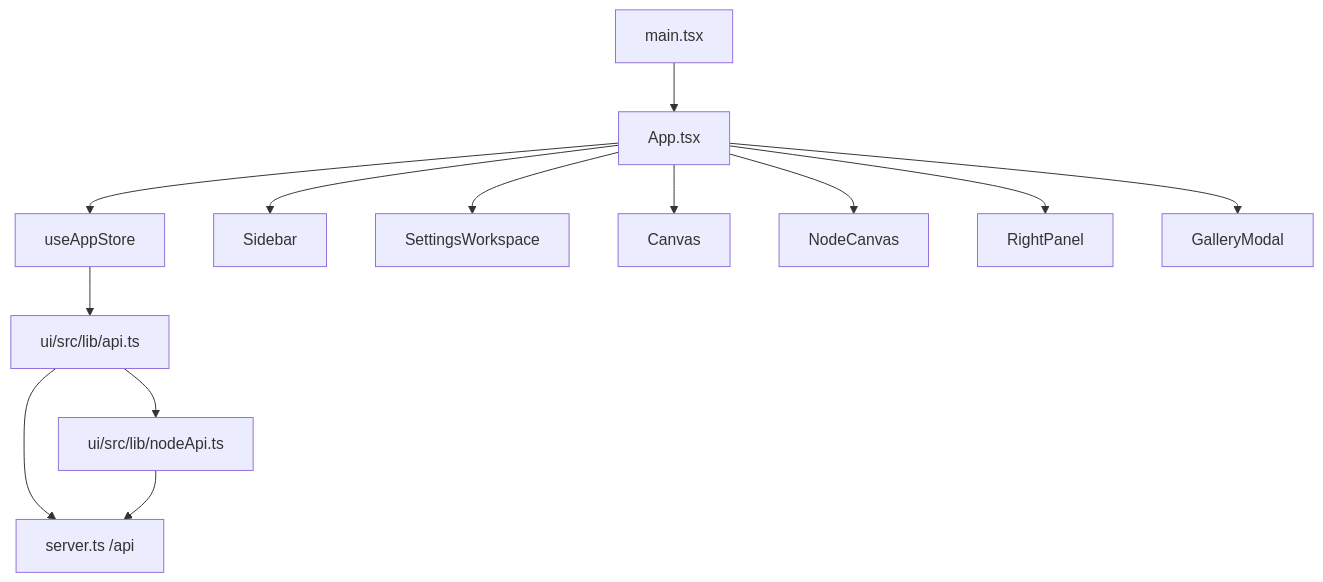
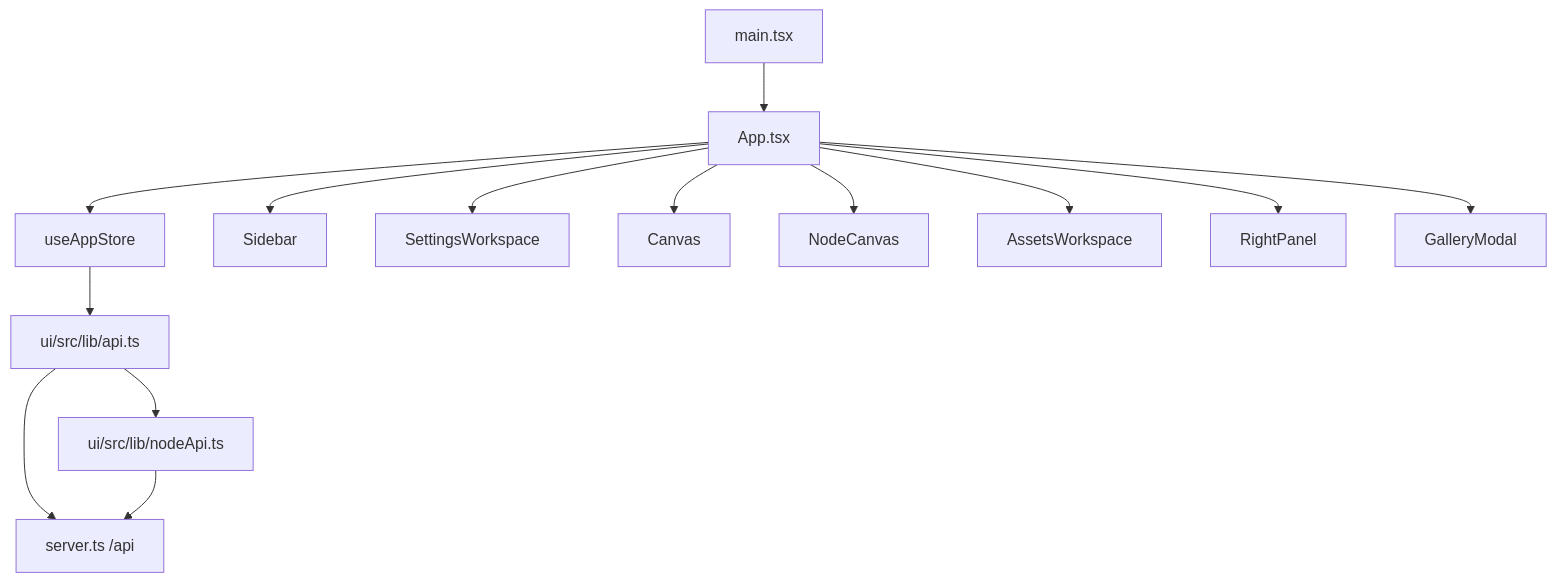
One commit to rolte789/ima2-gen changed the diagram in structure/04-frontend-architecture.md. Above: the diagram before and after it, drawn with Mermaid. The commit also changed other lines of this file and 25 other files, not shown here.

Commit message:
feat(ui): phase 050 assets workspace — #assets mode, folder tree, virtualized grid, 보관 chaining

````diff
--- a/structure/04-frontend-architecture.md
+++ b/structure/04-frontend-architecture.md
@@ -29,15 +31,16 @@
 ```mermaid
 graph TD
     MAIN["main.tsx"] --> APP["App.tsx"]
     APP --> STORE["useAppStore"]
     APP --> SIDEBAR["Sidebar"]
     APP --> SETTINGS["SettingsWorkspace"]
     APP --> CLASSIC["Canvas"]
     APP --> NODE["NodeCanvas"]
+    APP --> ASSETS["AssetsWorkspace"]
     APP --> RIGHT["RightPanel"]
     APP --> MODAL["GalleryModal"]
     STORE --> API["ui/src/lib/api.ts"]
     API --> NODEAPI["ui/src/lib/nodeApi.ts"]
     API --> SERVER["server.ts /api"]
     NODEAPI --> SERVER
 ```
````
